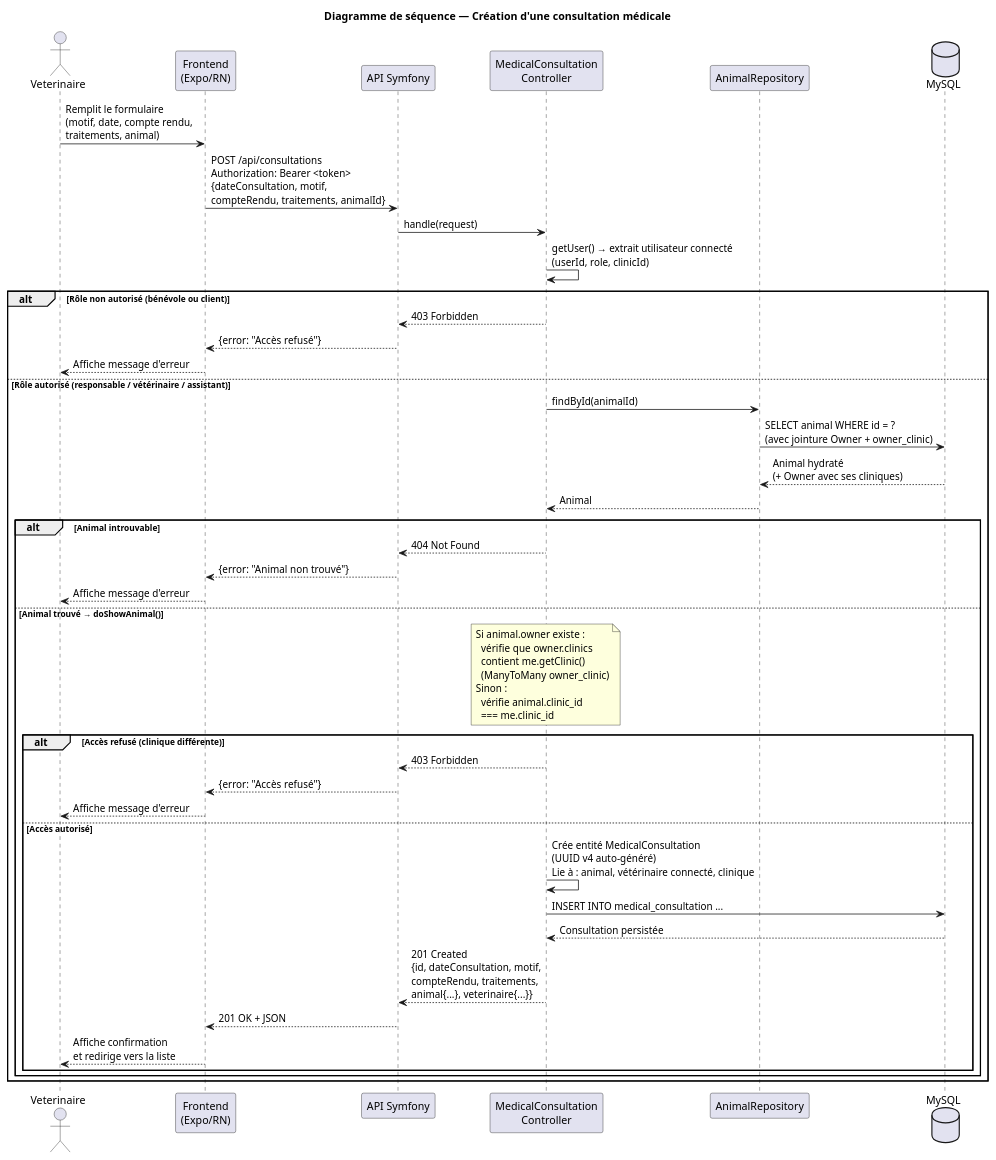
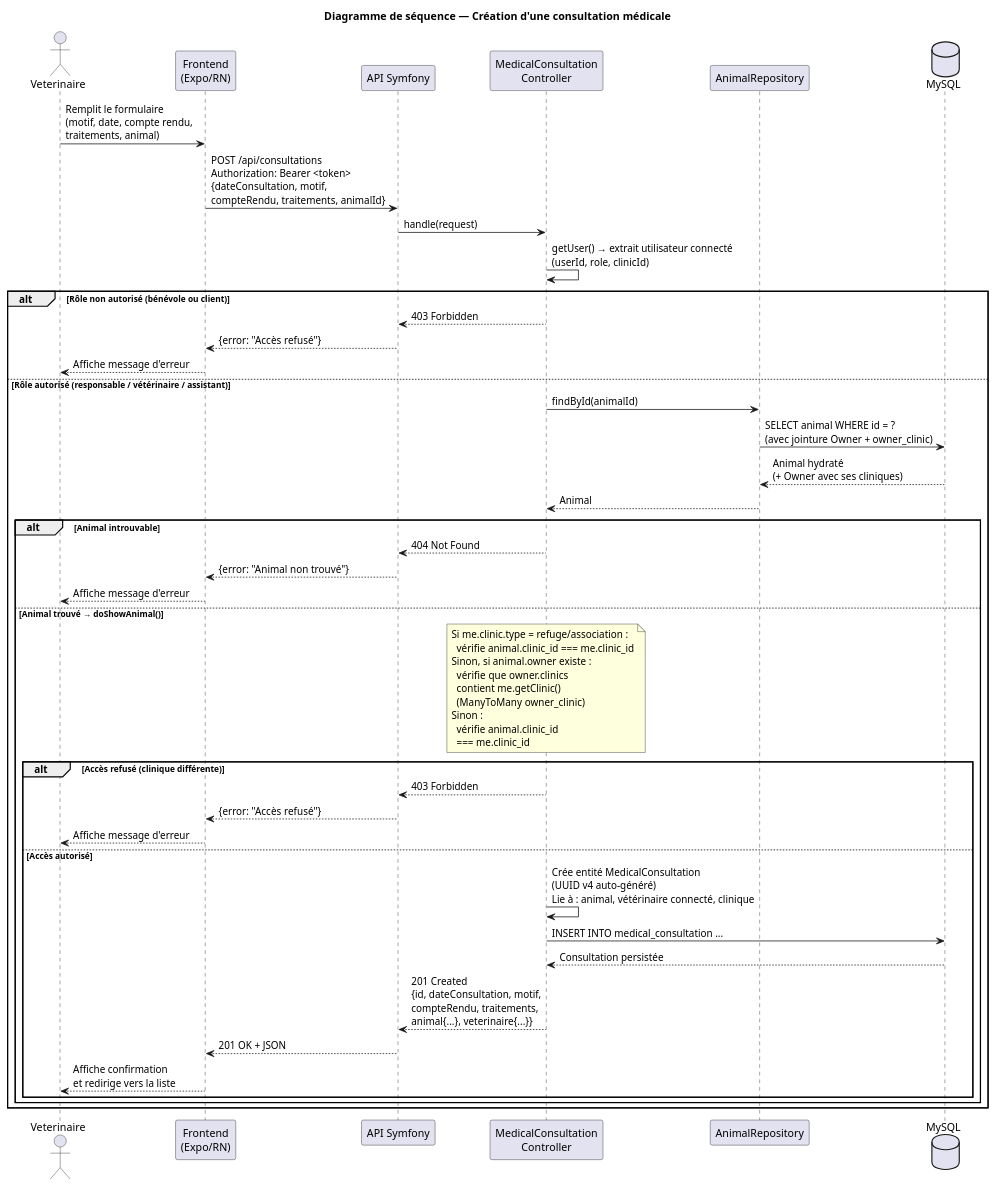
One commit to M-BEDH/ASV-infra changed the fourth of 4 diagrams in docs/diagrammes_UML_ASV.puml. Above: the diagram before and after it, drawn with PlantUML. The commit also changed other lines of this file, not shown here.

Commit message:
edit diagrammes UML

```diff
--- a/docs/diagrammes_UML_ASV.puml
+++ b/docs/diagrammes_UML_ASV.puml
@@ -280,61 +278,63 @@
 @startuml diagramme_sequence_consultation
 
 title Diagramme de séquence — Création d'une consultation médicale
 
 actor Veterinaire
 participant "Frontend\n(Expo/RN)" as Frontend
 participant "API Symfony" as API
 participant "MedicalConsultation\nController" as Controller
 participant "AnimalRepository" as Repo
 database "MySQL" as BDD
 
 Veterinaire -> Frontend : Remplit le formulaire\n(motif, date, compte rendu,\ntraitements, animal)
 Frontend -> API : POST /api/consultations\nAuthorization: Bearer <token>\n{dateConsultation, motif,\ncompteRendu, traitements, animalId}
 
 API -> Controller : handle(request)
 Controller -> Controller : getUser() → extrait utilisateur connecté\n(userId, role, clinicId)
 
 alt Rôle non autorisé (bénévole ou client)
     Controller --> API : 403 Forbidden
     API --> Frontend : {error: "Accès refusé"}
     Frontend --> Veterinaire : Affiche message d'erreur
 
 else Rôle autorisé (responsable / vétérinaire / assistant)
     Controller -> Repo : findById(animalId)
     Repo -> BDD : SELECT animal WHERE id = ?\n(avec jointure Owner + owner_clinic)
     BDD --> Repo : Animal hydraté\n(+ Owner avec ses cliniques)
     Repo --> Controller : Animal
 
     alt Animal introuvable
         Controller --> API : 404 Not Found
         API --> Frontend : {error: "Animal non trouvé"}
         Frontend --> Veterinaire : Affiche message d'erreur
 
     else Animal trouvé → doShowAnimal()
         note over Controller
-            Si animal.owner existe :
+            Si me.clinic.type = refuge/association :
+              vérifie animal.clinic_id === me.clinic_id
+            Sinon, si animal.owner existe :
               vérifie que owner.clinics
               contient me.getClinic()
               (ManyToMany owner_clinic)
             Sinon :
               vérifie animal.clinic_id
               === me.clinic_id
         end note
 
         alt Accès refusé (clinique différente)
             Controller --> API : 403 Forbidden
             API --> Frontend : {error: "Accès refusé"}
             Frontend --> Veterinaire : Affiche message d'erreur
 
         else Accès autorisé
             Controller -> Controller : Crée entité MedicalConsultation\n(UUID v4 auto-généré)\nLie à : animal, vétérinaire connecté, clinique
             Controller -> BDD : INSERT INTO medical_consultation ...
             BDD --> Controller : Consultation persistée
             Controller --> API : 201 Created\n{id, dateConsultation, motif,\ncompteRendu, traitements,\nanimal{...}, veterinaire{...}}
             API --> Frontend : 201 OK + JSON
             Frontend --> Veterinaire : Affiche confirmation\net redirige vers la liste
         end
     end
 end
 
 @enduml
```
